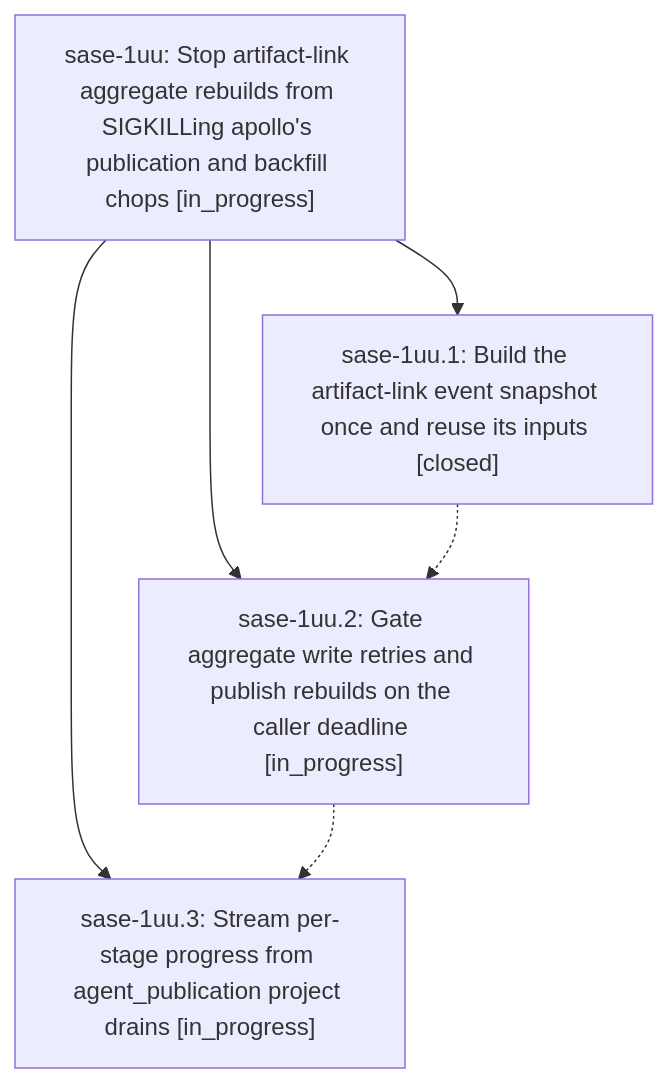
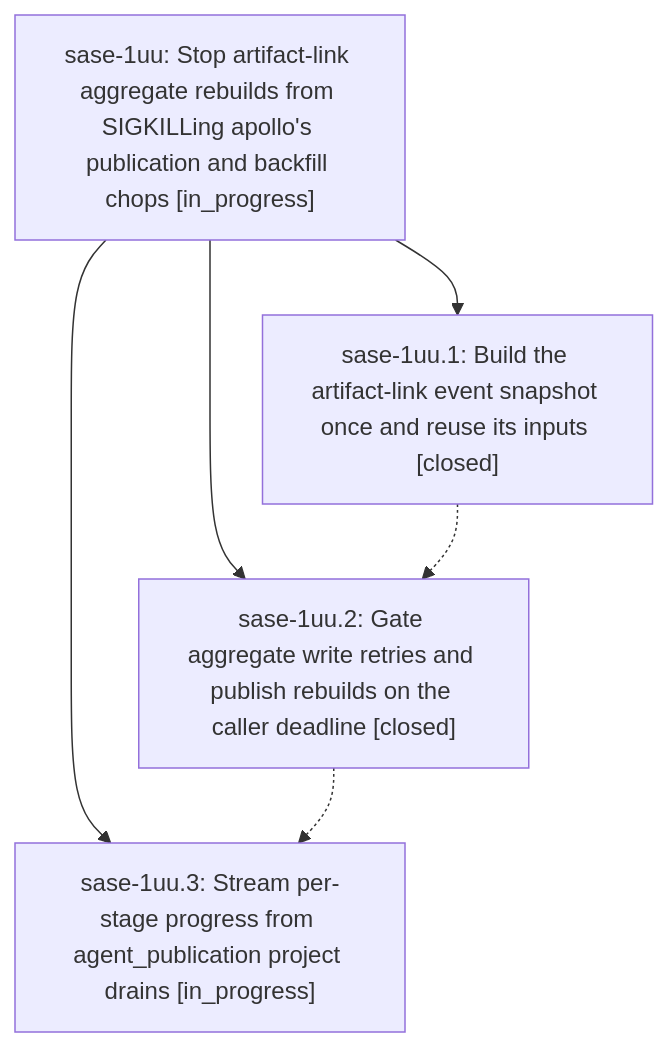
One commit to sase-org/sase--beads changed the diagram in pages/sase-1uu/README.md. Above: the diagram before and after it, drawn with Mermaid. The commit also changed other lines of this file and 3 other files, not shown here.

````diff
--- a/pages/sase-1uu/README.md
+++ b/pages/sase-1uu/README.md
@@ -24,12 +38,12 @@
 ```mermaid
 flowchart TD
     n0["sase-1uu: Stop artifact-link aggregate rebuilds from SIGKILLing apollo's publication and backfill chops [in_progress]"]
     n1["sase-1uu.1: Build the artifact-link event snapshot once and reuse its inputs [closed]"]
-    n2["sase-1uu.2: Gate aggregate write retries and publish rebuilds on the caller deadline [in_progress]"]
+    n2["sase-1uu.2: Gate aggregate write retries and publish rebuilds on the caller deadline [closed]"]
     n3["sase-1uu.3: Stream per-stage progress from agent_publication project drains [in_progress]"]
     n0 --> n1
     n0 --> n2
     n0 --> n3
     n1 -.-> n2
     n2 -.-> n3
 ```
````
